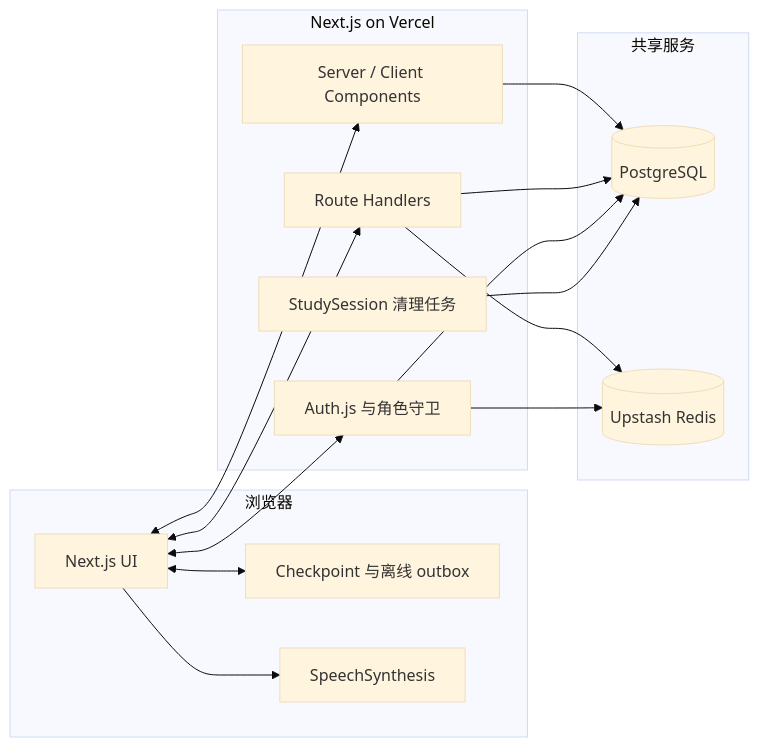
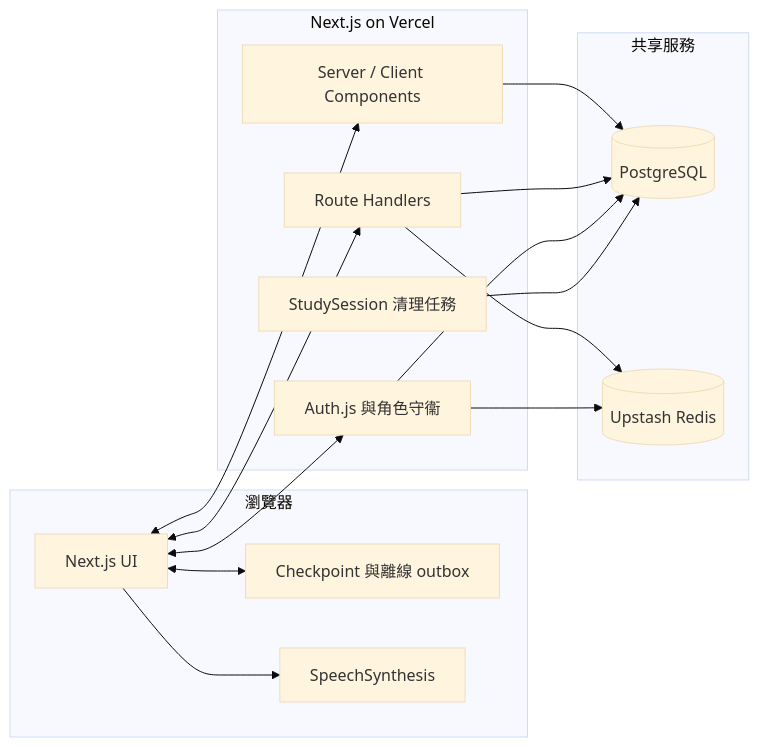
One commit to kukateng-cell/English changed the diagram in plans/project-plan.md. Above: the diagram before and after it, drawn with Mermaid (base theme). The commit also changed other lines of this file and 5 other files, not shown here.

````diff
--- a/plans/project-plan.md
+++ b/plans/project-plan.md
@@ -218,32 +218,32 @@
 ```mermaid
 flowchart LR
-    subgraph Client[浏览器]
+    subgraph Client[瀏覽器]
         UI[Next.js UI]
-        Local[Checkpoint 与离线 outbox]
+        Local[Checkpoint 與離線 outbox]
         Speech[SpeechSynthesis]
     end
 
     subgraph App[Next.js on Vercel]
         Pages[Server / Client Components]
         API[Route Handlers]
-        Auth[Auth.js 与角色守卫]
-        Cron[StudySession 清理任务]
+        Auth[Auth.js 與角色守衞]
+        Cron[StudySession 清理任務]
     end
 
-    subgraph Data[共享服务]
+    subgraph Data[共享服務]
         PG[(PostgreSQL)]
         Redis[(Upstash Redis)]
     end
 
     UI <--> Pages
     UI <--> API
     UI <--> Auth
     UI <--> Local
     UI --> Speech
     Pages --> PG
     API --> PG
     API --> Redis
     Auth --> PG
     Auth --> Redis
     Cron --> PG
 ```
````
